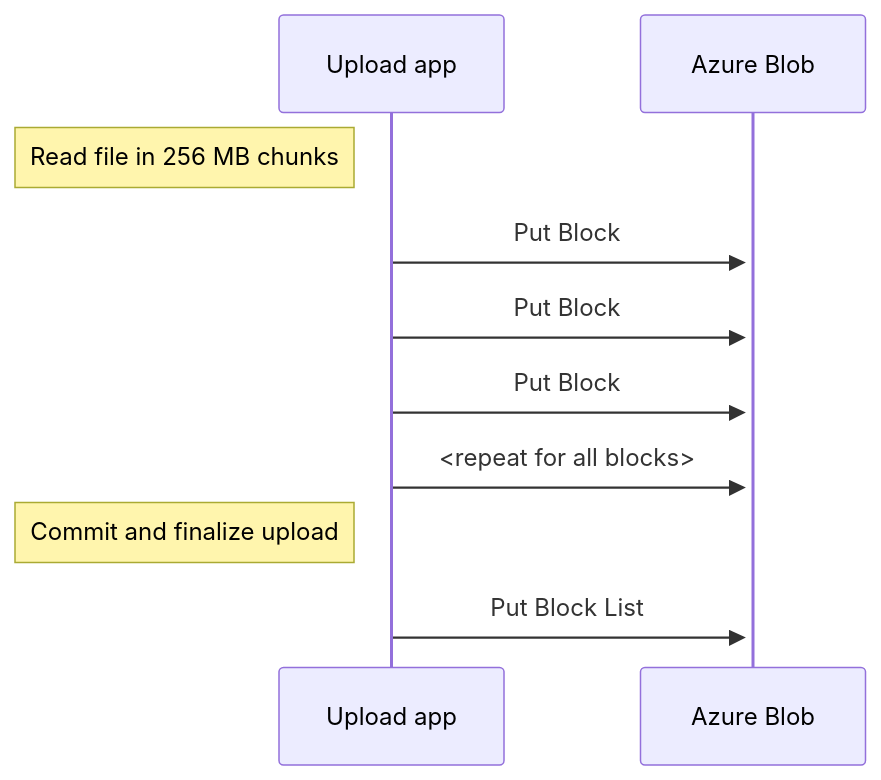
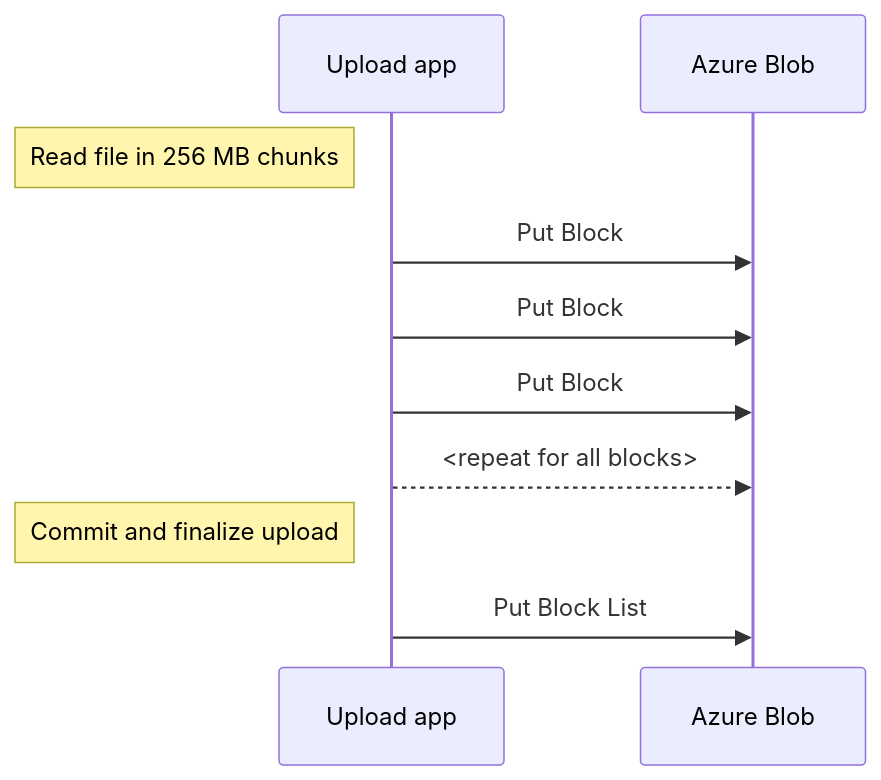
Before and after one commit to JanneMattila/azure-storage-demos: the diagram in block-blobs/README.md, drawn with Mermaid.

````diff
--- a/block-blobs/README.md
+++ b/block-blobs/README.md
@@ -18,12 +18,12 @@
 ```mermaid
 sequenceDiagram
     participant Upload app
     participant Azure Blob
     Note left of Upload app: Read file in 256 MB chunks
-    Upload app->>+Azure Blob: Put Block
-    Upload app->>+Azure Blob: Put Block
-    Upload app->>+Azure Blob: Put Block
-    Upload app->>+Azure Blob: <repeat for all blocks>
+    Upload app->>Azure Blob: Put Block
+    Upload app->>Azure Blob: Put Block
+    Upload app->>Azure Blob: Put Block
+    Upload app-->>Azure Blob: <repeat for all blocks>
     Note left of Upload app: Commit and finalize upload
-    Upload app->>+Azure Blob: Put Block List
+    Upload app->>Azure Blob: Put Block List
 ```
````
